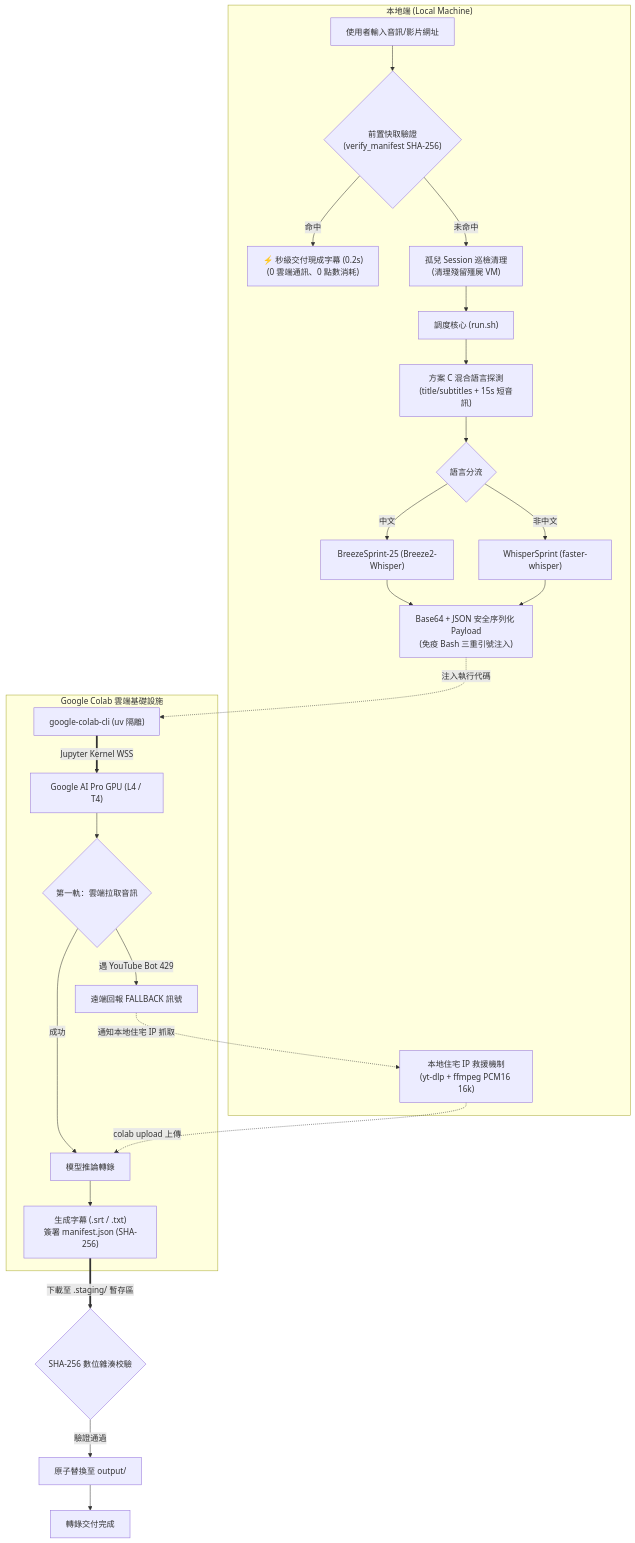
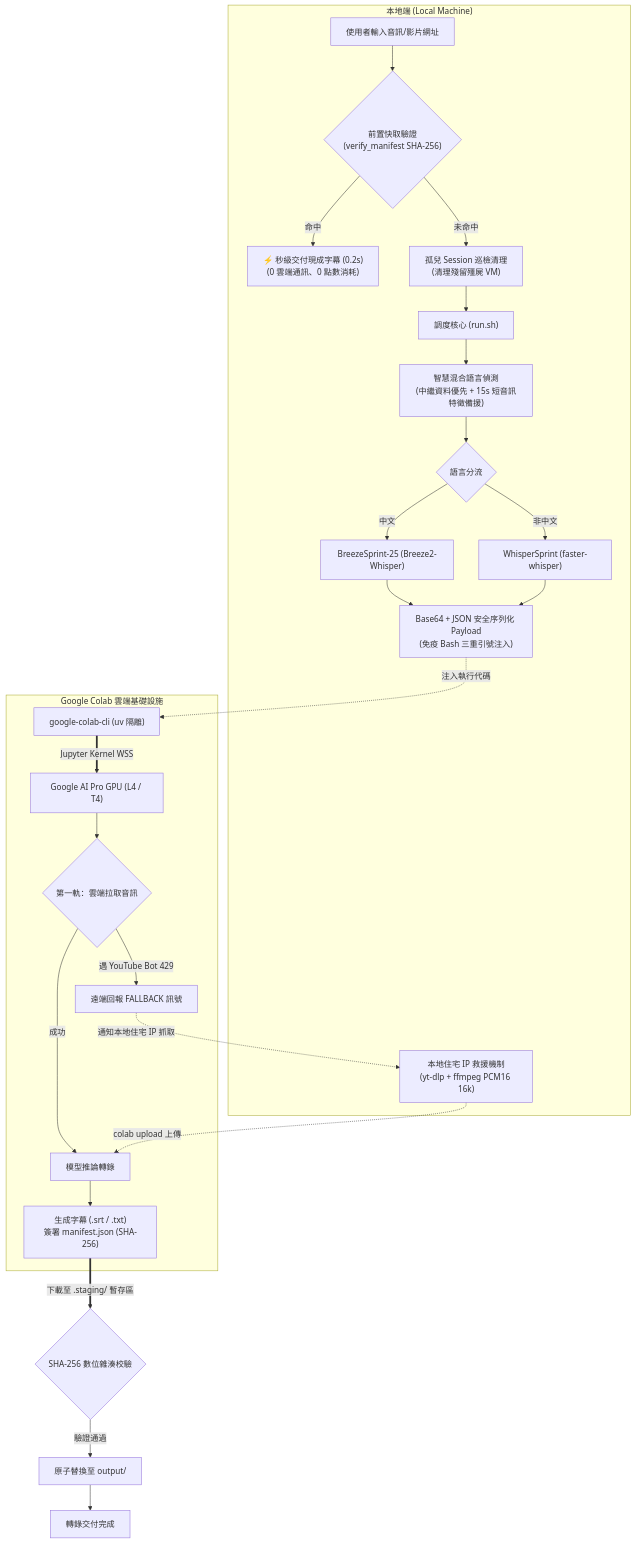
The diagram in README.md (lushinshang/newwhisper), drawn with Mermaid before and after one commit. The commit also changed other lines of this file, not shown here.

````diff
--- a/README.md
+++ b/README.md
@@ -56,39 +61,39 @@
 ```mermaid
 flowchart TD
     subgraph Local["本地端 (Local Machine)"]
         User["使用者輸入音訊/影片網址"] --> CacheCheck{"前置快取驗證<br>(verify_manifest SHA-256)"}
         CacheCheck -- "命中" --> FastDeliver["⚡ 秒級交付現成字幕 (0.2s)<br>(0 雲端通訊、0 點數消耗)"]
         
         CacheCheck -- "未命中" --> Reconcile["孤兒 Session 巡檢清理<br>(清理殘留殭屍 VM)"]
         Reconcile --> RunSh["調度核心 (run.sh)"]
-        RunSh --> Detect["方案 C 混合語言探測<br>(title/subtitles + 15s 短音訊)"]
+        RunSh --> Detect["智慧混合語言偵測<br>(中繼資料優先 + 15s 短音訊特徵備援)"]
         
         Detect --> Decision{"語言分流"}
         Decision -- "中文" --> Breeze["BreezeSprint-25 (Breeze2-Whisper)"]
         Decision -- "非中文" --> Whisper["WhisperSprint (faster-whisper)"]
         
         Breeze --> Payload["Base64 + JSON 安全序列化 Payload<br>(免疫 Bash 三重引號注入)"]
         Whisper --> Payload
         
         Rescue["本地住宅 IP 救援機制<br>(yt-dlp + ffmpeg PCM16 16k)"]
     end
 
     subgraph Colab["Google Colab 雲端基礎設施"]
         ColabCLI["google-colab-cli (uv 隔離)"]
         ColabCLI == "Jupyter Kernel WSS" ==> GPU["Google AI Pro GPU (L4 / T4)"]
         
         GPU --> CloudFetch{"第一軌：雲端拉取音訊"}
         CloudFetch -- "成功" --> Infer["模型推論轉錄"]
         CloudFetch -- "遇 YouTube Bot 429" --> FallbackSignal["遠端回報 FALLBACK 訊號"]
         
         FallbackSignal -. 通知本地住宅 IP 抓取 .-> Rescue
         Rescue -. "colab upload 上傳" .-> Infer
         
         Infer --> GenArtifacts["生成字幕 (.srt / .txt)<br>簽署 manifest.json (SHA-256)"]
     end
 
     Payload -. 注入執行代碼 .-> ColabCLI
     GenArtifacts == "下載至 .staging/ 暫存區" ==> VerifyManifest{"SHA-256 數位雜湊校驗"}
     VerifyManifest -- "驗證通過" --> AtomicMove["原子替換至 output/"]
     AtomicMove --> Done["轉錄交付完成"]
 ```
````
